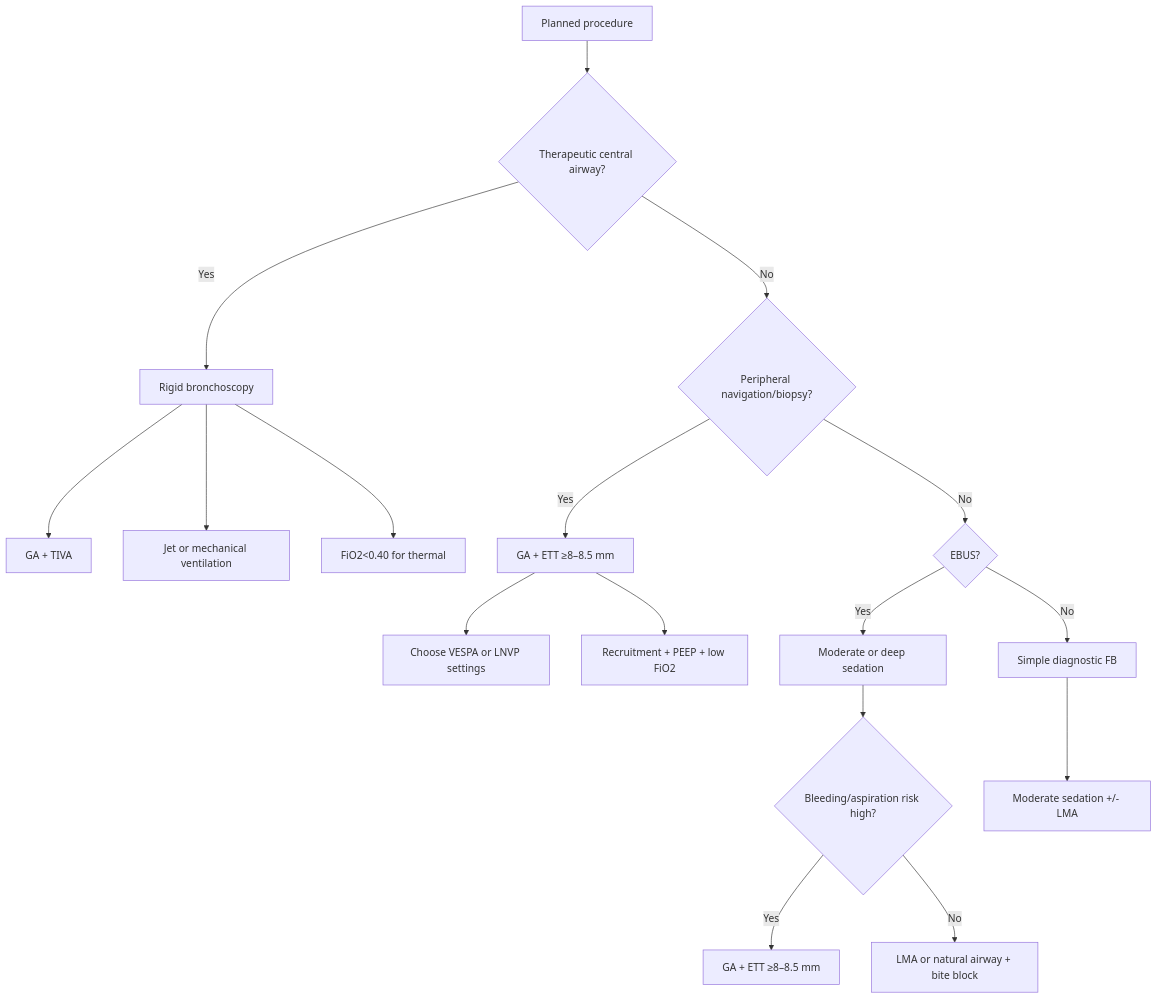
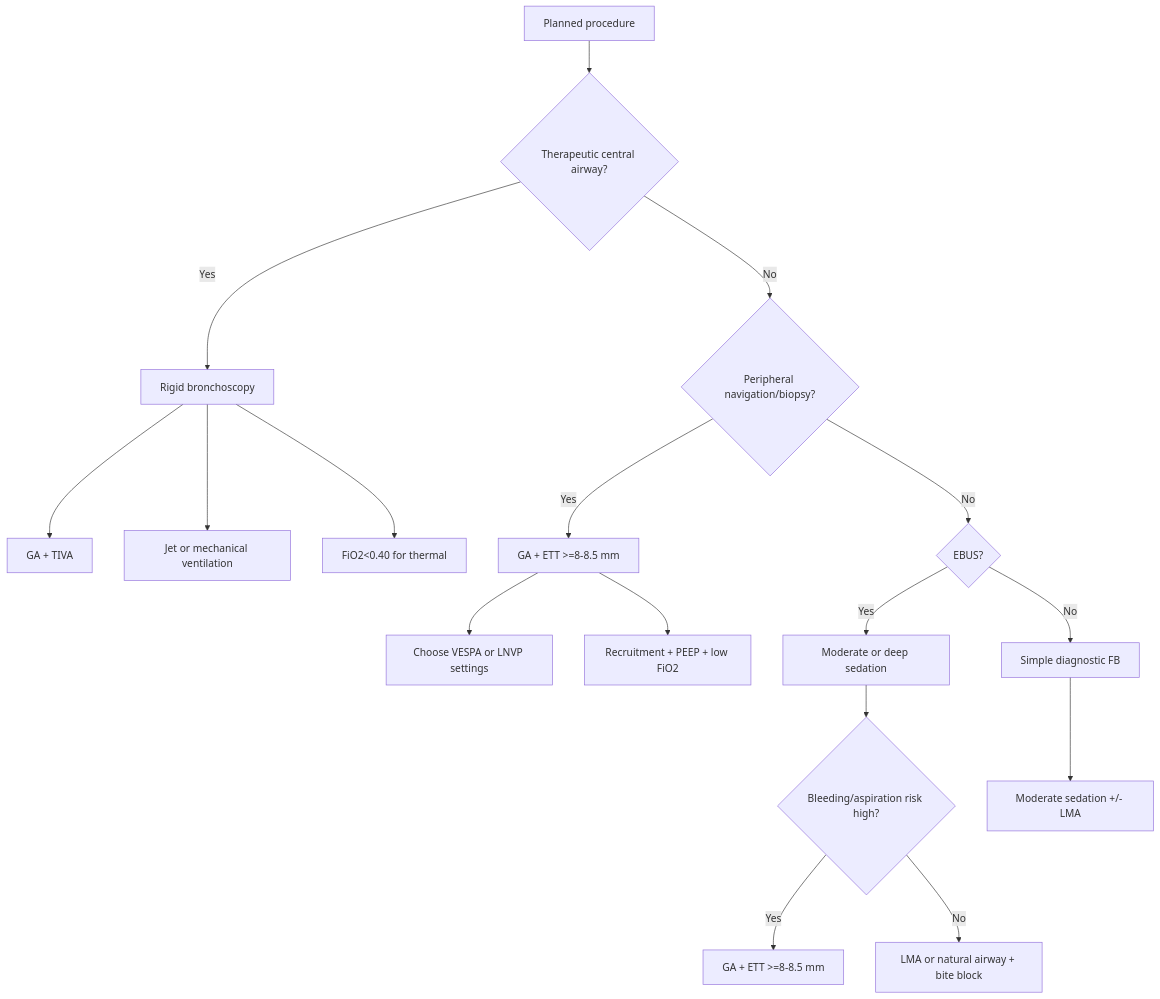
The first of 3 diagrams in content/modules/board/anesthesia-for-ip.mdx (russellmiller49/Interventional-Pulm-Education-Project), drawn with Mermaid before and after one commit. The commit also changed other lines of this file and 23 other files, not shown here.

````diff
--- a/content/modules/board/anesthesia-for-ip.mdx
+++ b/content/modules/board/anesthesia-for-ip.mdx
@@ -189,19 +189,19 @@
 ```mermaid
 flowchart TD
 A[Planned procedure] --> B{Therapeutic central airway?}
 B -- Yes --> C[Rigid bronchoscopy]
 C --> C1[GA + TIVA]
 C --> C2[Jet or mechanical ventilation]
-C --> C3[FiO2&lt;0.40 for thermal]
+C --> C3[FiO2<0.40 for thermal]
 B -- No --> D{Peripheral navigation/biopsy?}
-D -- Yes --> E[GA + ETT ≥8–8.5 mm]
+D -- Yes --> E[GA + ETT >=8-8.5 mm]
 E --> E1[Choose VESPA or LNVP settings]
 E --> E2[Recruitment + PEEP + low FiO2]
 D -- No --> F{EBUS?}
 F -- Yes --> G[Moderate or deep sedation]
 G --> H{Bleeding/aspiration risk high?}
-H -- Yes --> I[GA + ETT ≥8–8.5 mm]
+H -- Yes --> I[GA + ETT >=8-8.5 mm]
 H -- No --> J[LMA or natural airway + bite block]
 F -- No --> K[Simple diagnostic FB]
 K --> L[Moderate sedation +/- LMA]
 ```
````
